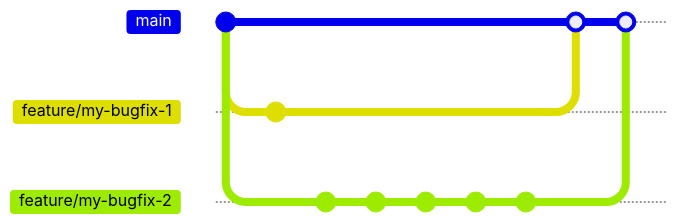
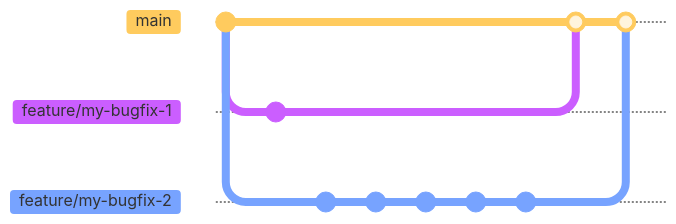
The second of 2 diagrams in docs/articles/git-cherry-pick.md (roel4ez/blog), drawn with Mermaid before and after one commit. The commit also changed other lines of this file and 1 other file, not shown here. Commit ids are hidden.

Commit message:
fix mermaid diagrams

````diff
--- a/docs/articles/git-cherry-pick.md
+++ b/docs/articles/git-cherry-pick.md
@@ -61,18 +62,19 @@
-```mermaid
+``` mermaid
+%%{init: {'theme':'base'}}%%
 gitGraph
     commit
     branch feature/my-bugfix-1
     checkout feature/my-bugfix-1
     commit id: "C1"
     checkout main
     branch feature/my-bugfix-2
     checkout feature/my-bugfix-2
     commit id: "C2"
     commit id: "C3"
     commit id: "C4"
     commit id: "C5"
     commit id: "C6"
     checkout main
     merge feature/my-bugfix-1
     merge feature/my-bugfix-2
 ```
````
